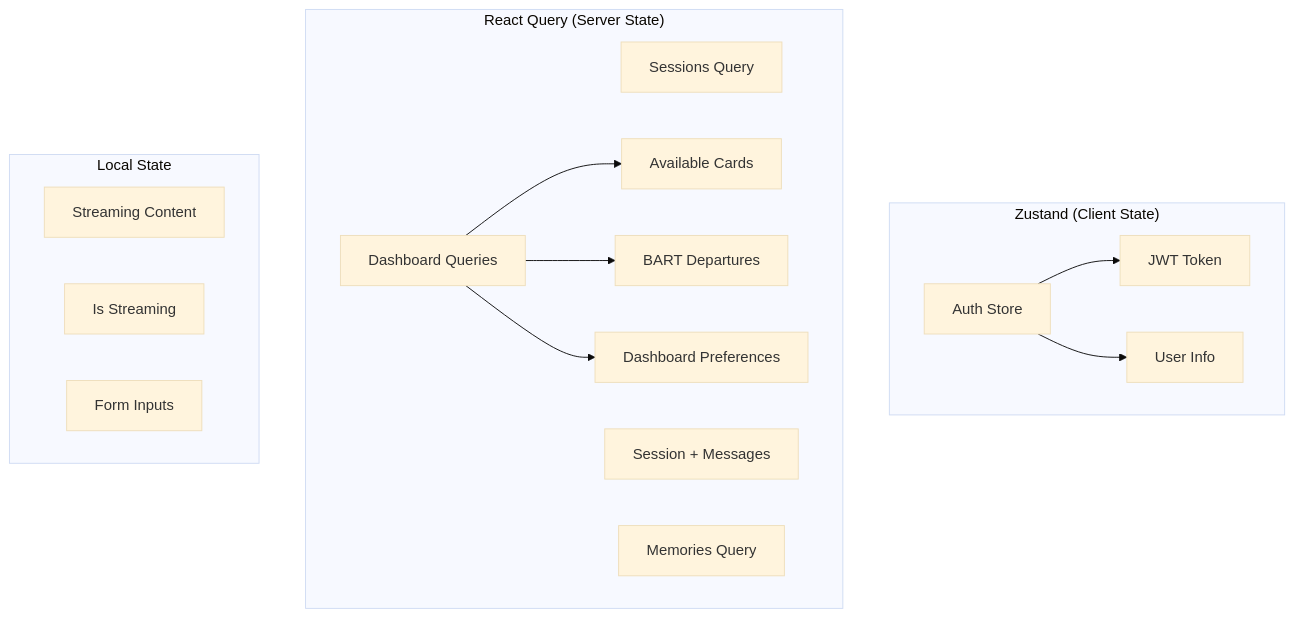
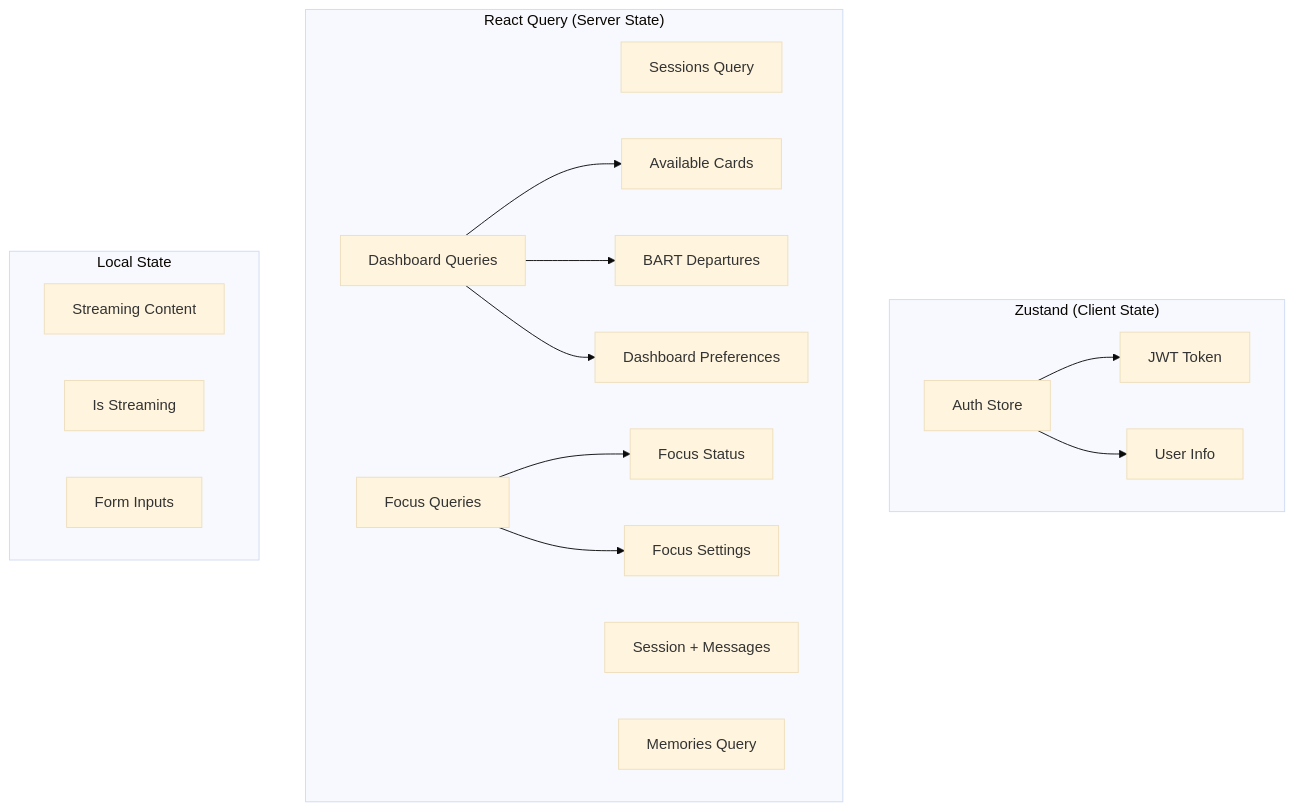
The third of 4 diagrams in .claude/diagrams/frontend-architecture.md (tekkno89/alfred-pa), drawn with Mermaid (base theme) before and after one commit. The commit also changed other lines of this file and 20 other files, not shown here.

````diff
--- a/.claude/diagrams/frontend-architecture.md
+++ b/.claude/diagrams/frontend-architecture.md
@@ -73,24 +76,27 @@
 ```mermaid
 flowchart TD
     subgraph "Zustand (Client State)"
         AuthStore[Auth Store]
         AuthStore --> Token[JWT Token]
         AuthStore --> User[User Info]
     end
 
     subgraph "React Query (Server State)"
         Sessions[Sessions Query]
         Session[Session + Messages]
         Memories[Memories Query]
         Dashboard[Dashboard Queries]
+        FocusQueries[Focus Queries]
         Dashboard --> AvailableCards[Available Cards]
         Dashboard --> BartDepartures[BART Departures]
         Dashboard --> DashboardPrefs[Dashboard Preferences]
+        FocusQueries --> FocusStatus[Focus Status]
+        FocusQueries --> FocusSettings[Focus Settings]
     end
 
     subgraph "Local State"
         StreamingContent[Streaming Content]
         IsStreaming[Is Streaming]
         FormInputs[Form Inputs]
     end
 ```
````
